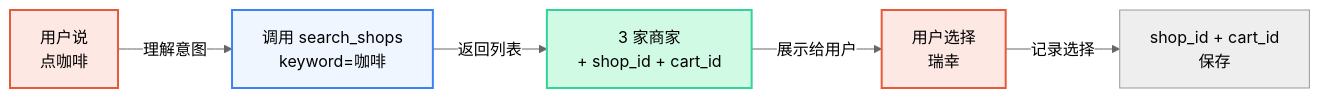
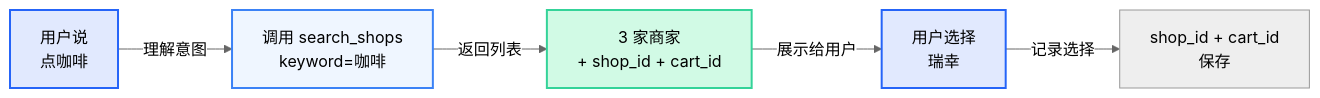
One commit to clawdot/docs changed the first of 3 diagrams in super-agent/food-delivery.mdx. Above: the diagram before and after it, drawn with Mermaid (neutral theme). The commit also changed other lines of this file and 43 other files, not shown here.

````diff
--- a/super-agent/food-delivery.mdx
+++ b/super-agent/food-delivery.mdx
@@ -182,12 +182,12 @@
 ```mermaid
 graph LR
   A["用户说<br/>点咖啡"] -->|理解意图| B["调用 search_shops<br/>keyword=咖啡"]
   B -->|返回列表| C["3 家商家<br/>+ shop_id + cart_id"]
   C -->|展示给用户| D["用户选择<br/>瑞幸"]
   D -->|记录选择| E["shop_id + cart_id<br/>保存"]
 
   style B fill:#EFF6FF,stroke:#3B82F6,stroke-width:2px
-  style A fill:#fde8e4,stroke:#E8593C,stroke-width:2px
+  style A fill:#E1E9FE,stroke:#2564F8,stroke-width:2px
   style C fill:#D1FAE5,stroke:#34D399,stroke-width:2px
-  style D fill:#fde8e4,stroke:#E8593C,stroke-width:2px
+  style D fill:#E1E9FE,stroke:#2564F8,stroke-width:2px
 ```
````
